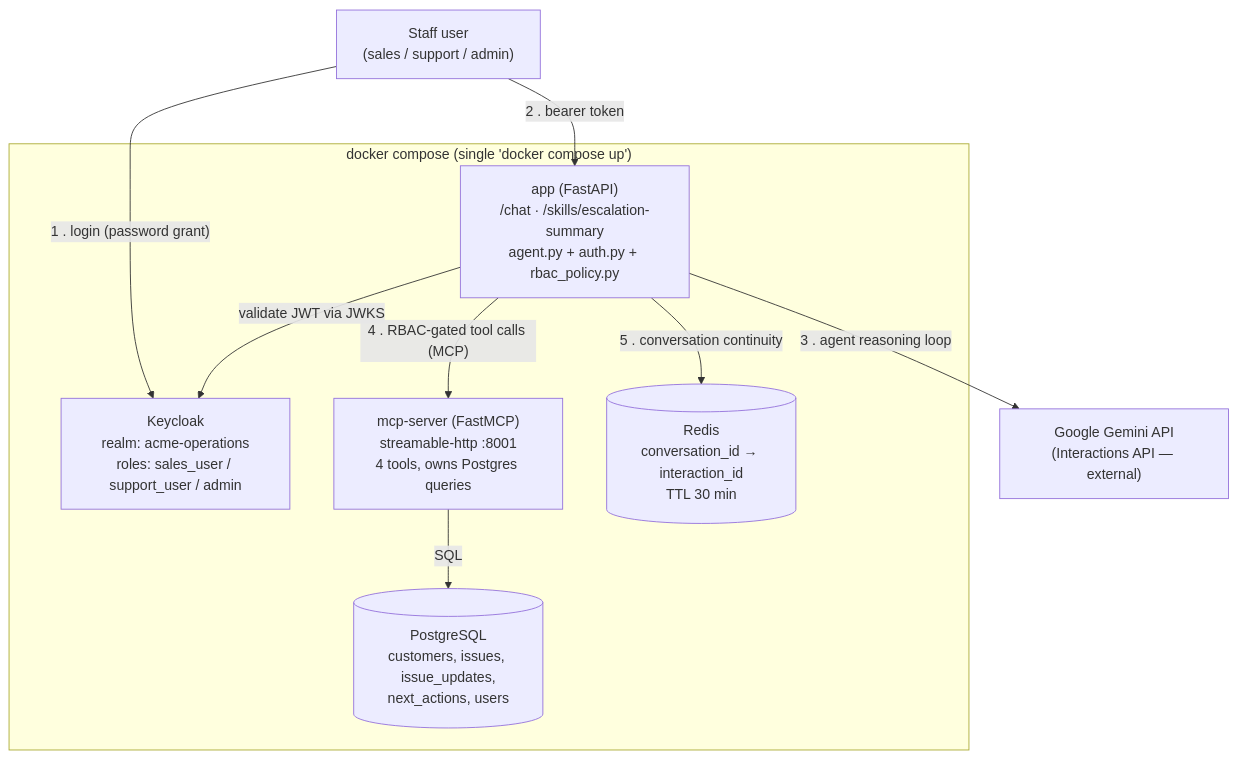
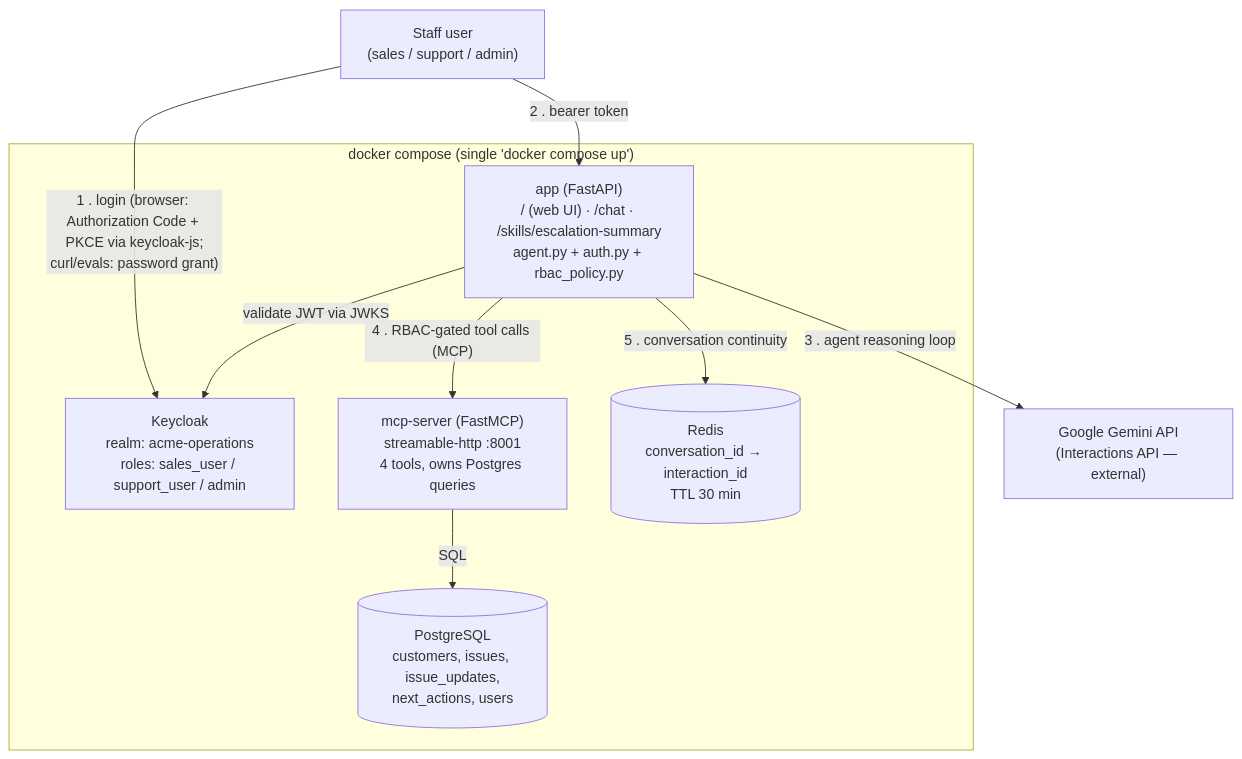
The diagram in README.md (nageshgg/AcmeOperations), drawn with Mermaid before and after one commit. The commit also changed other lines of this file and 6 other files, not shown here.

Commit message:
Added minimal web UI: Keycloak PKCE login, chat, agent activity panel

````diff
--- a/README.md
+++ b/README.md
@@ -103,21 +107,21 @@
 ```mermaid
 graph TD
     User["Staff user<br/>(sales / support / admin)"]
     Gemini["Google Gemini API<br/>(Interactions API — external)"]
 
     subgraph Compose["docker compose (single 'docker compose up')"]
         Keycloak["Keycloak<br/>realm: acme-operations<br/>roles: sales_user / support_user / admin"]
-        App["app (FastAPI)<br/>/chat · /skills/escalation-summary<br/>agent.py + auth.py + rbac_policy.py"]
+        App["app (FastAPI)<br/>/ (web UI) · /chat · /skills/escalation-summary<br/>agent.py + auth.py + rbac_policy.py"]
         MCP["mcp-server (FastMCP)<br/>streamable-http :8001<br/>4 tools, owns Postgres queries"]
         Postgres[("PostgreSQL<br/>customers, issues, issue_updates,<br/>next_actions, users")]
         Redis[("Redis<br/>conversation_id → interaction_id<br/>TTL 30 min")]
     end
 
-    User -- "1 . login (password grant)" --> Keycloak
+    User -- "1 . login (browser: Authorization Code + PKCE via keycloak-js;<br/>curl/evals: password grant)" --> Keycloak
     User -- "2 . bearer token" --> App
     App -- "validate JWT via JWKS" --> Keycloak
     App -- "3 . agent reasoning loop" --> Gemini
     App -- "4 . RBAC-gated tool calls (MCP)" --> MCP
     MCP -- "SQL" --> Postgres
     App -- "5 . conversation continuity" --> Redis
 ```
````
